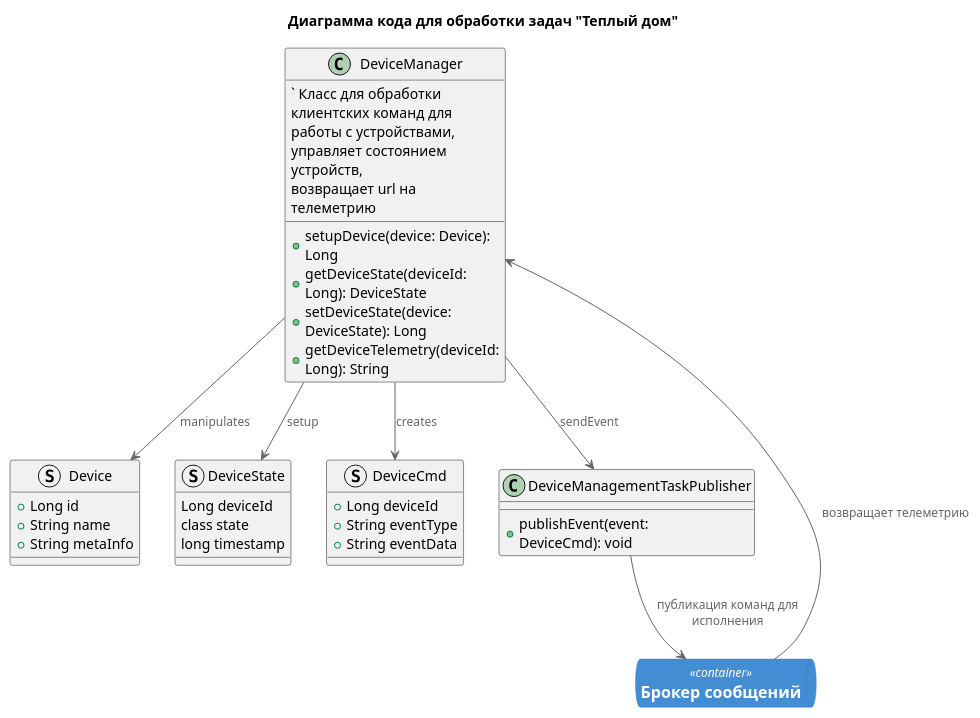
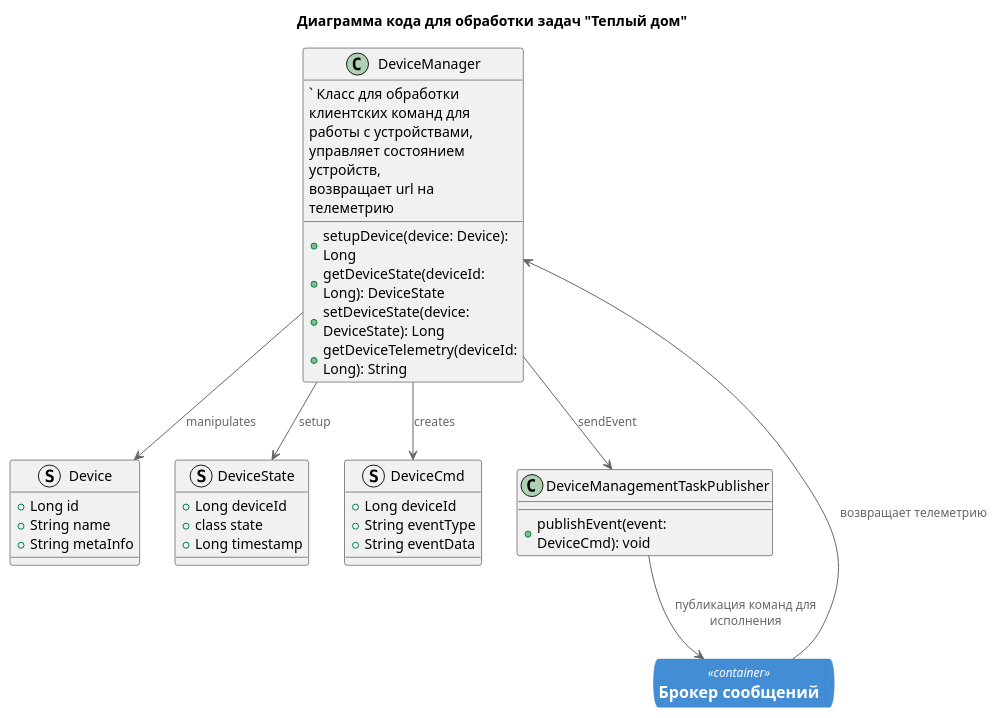
Before and after one commit to a-panteleev/architecture-sprint-3: the diagram in docs/code.puml, drawn with PlantUML. The commit also changed 10 other files, not shown here.

Commit message:
upd: add readme and details for arch schema

```diff
--- a/docs/code.puml
+++ b/docs/code.puml
@@ -1,53 +1,53 @@
-@startuml
+@startuml code
 
 allow_mixing
 
 title Диаграмма кода для обработки задач "Теплый дом"
 
 top to bottom direction
 
 !includeurl https://raw.githubusercontent.com/RicardoNiepel/C4-PlantUML/master/C4_Component.puml
 
 struct Device {
     + Long id
     + String name
     + String metaInfo
 }
 
 struct DeviceState {
-    Long deviceId
-    class state
-    long timestamp
+    + Long deviceId
+    + class state
+    + Long timestamp
 }
 
 struct DeviceCmd {
     + Long deviceId
     + String eventType
     + String eventData
 }
 
 class DeviceManager {
     ` Класс для обработки клиентских команд для работы с устройствами,
     управляет состоянием устройств, 
     возвращает url на телеметрию
     + setupDevice(device: Device): Long
     + getDeviceState(deviceId: Long): DeviceState
     + setDeviceState(device: DeviceState): Long
     + getDeviceTelemetry(deviceId: Long): String
 }
 
 class DeviceManagementTaskPublisher {
     + publishEvent(event: DeviceCmd): void
 }
 
 DeviceManager --> Device : manipulates
 DeviceManager --> DeviceState : setup
 DeviceManager --> DeviceCmd : creates
 DeviceManager --> DeviceManagementTaskPublisher : sendEvent
 
 ContainerQueue(Kafka, "Брокер сообщений")
 
 DeviceManagementTaskPublisher --> Kafka: публикация команд для исполнения
 Kafka --> DeviceManager: возвращает телеметрию
 
 @enduml
```
